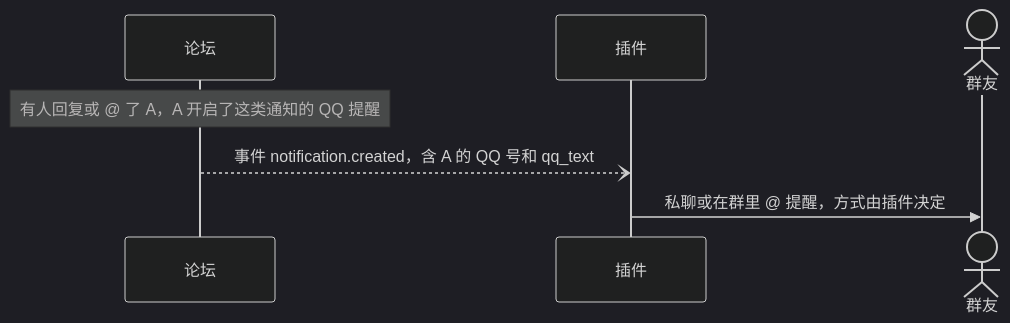
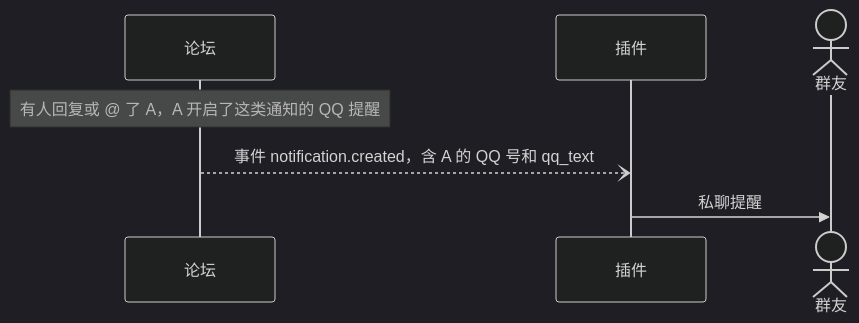
The fifth of 6 diagrams in docs/api.md (mousebaoyan/mousehole), drawn with Mermaid (dark theme) before and after one commit. The commit also changed other lines of this file and 5 other files, not shown here.

````diff
--- a/docs/api.md
+++ b/docs/api.md
@@ -506,9 +504,9 @@
 ```mermaid
 sequenceDiagram
     participant F as 论坛
     participant P as 插件
     actor A as 群友
     Note over F: 有人回复或 @ 了 A，A 开启了这类通知的 QQ 提醒
     F--)P: 事件 notification.created，含 A 的 QQ 号和 qq_text
-    P->>A: 私聊或在群里 @ 提醒，方式由插件决定
+    P->>A: 私聊提醒
 ```
````
